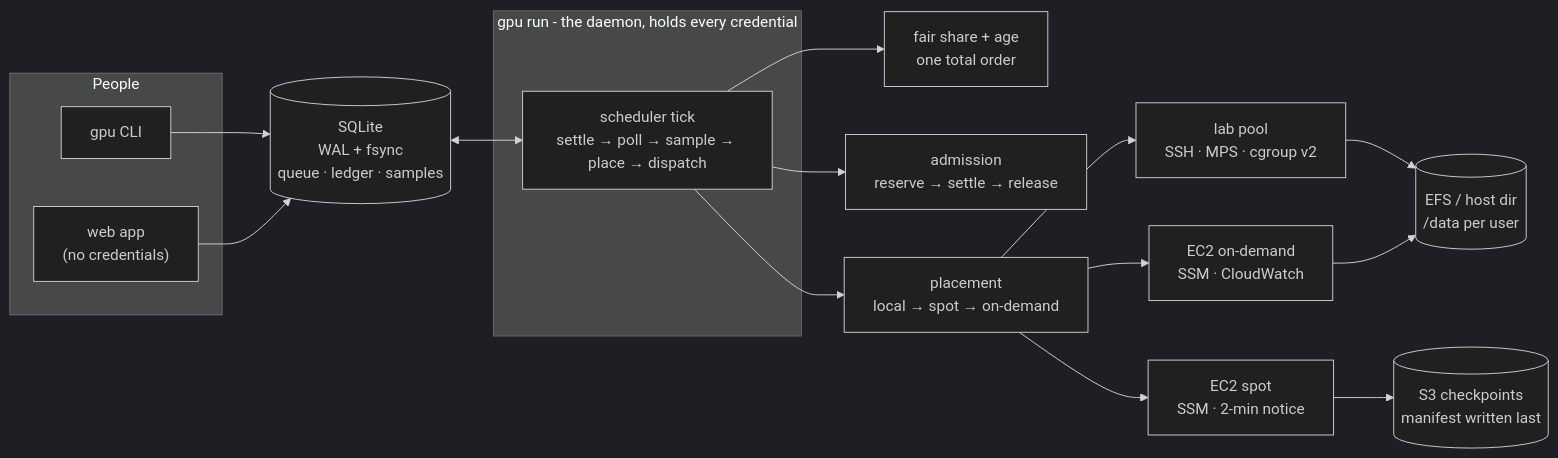
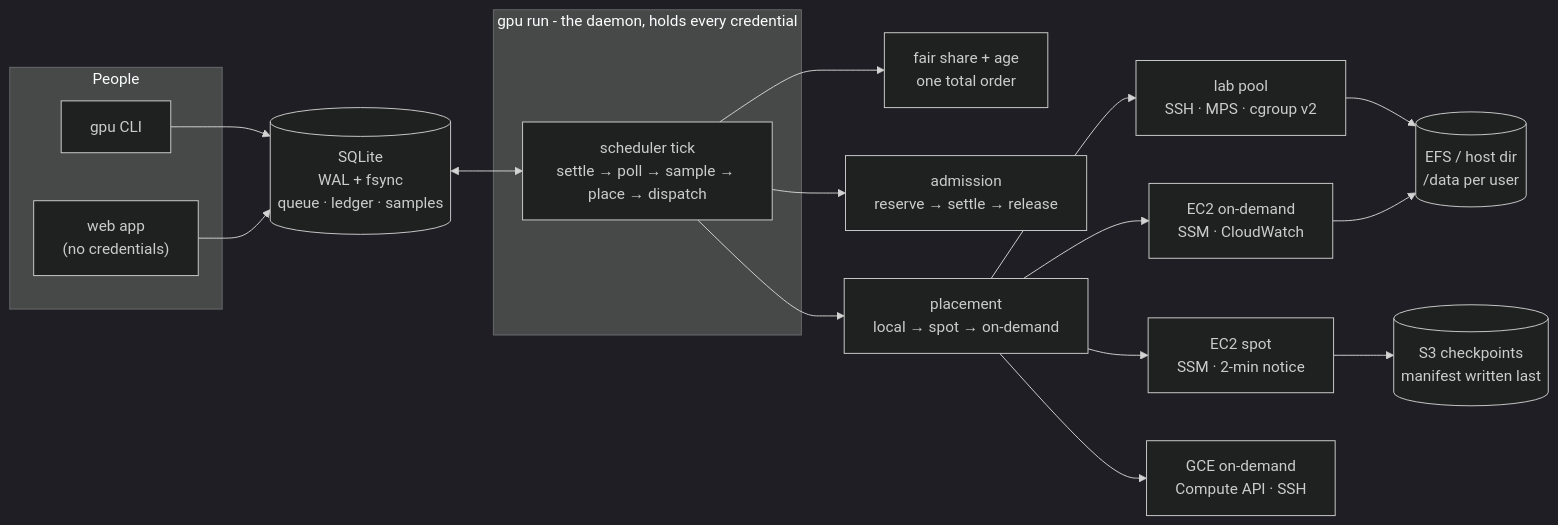
One commit to lgoyal6/gpu-broker changed the diagram in README.md. Above: the diagram before and after it, drawn with Mermaid (dark theme). The commit also changed other lines of this file and 5 other files, not shown here.

````diff
--- a/README.md
+++ b/README.md
@@ -224,27 +224,28 @@
 ```mermaid
 flowchart LR
     subgraph U["People"]
         CLI["gpu CLI"]
         WEB["web app<br/>(no credentials)"]
     end
 
     CLI --> DB[("SQLite<br/>WAL + fsync<br/>queue · ledger · samples")]
     WEB --> DB
 
     subgraph D["gpu run - the daemon, holds every credential"]
         SCHED["scheduler tick<br/>settle → poll → sample → place → dispatch"]
     end
 
     DB <--> SCHED
     SCHED --> FAIR["fair share + age<br/>one total order"]
     SCHED --> ADM["admission<br/>reserve → settle → release"]
     SCHED --> PLACE["placement<br/>local → spot → on-demand"]
 
     PLACE --> LOCAL["lab pool<br/>SSH · MPS · cgroup v2"]
     PLACE --> SPOT["EC2 spot<br/>SSM · 2-min notice"]
     PLACE --> OND["EC2 on-demand<br/>SSM · CloudWatch"]
+    PLACE --> GCE["GCE on-demand<br/>Compute API · SSH"]
 
     SPOT --> CK[("S3 checkpoints<br/>manifest written last")]
     LOCAL --> VOL[("EFS / host dir<br/>/data per user")]
     OND --> VOL
 ```
````
